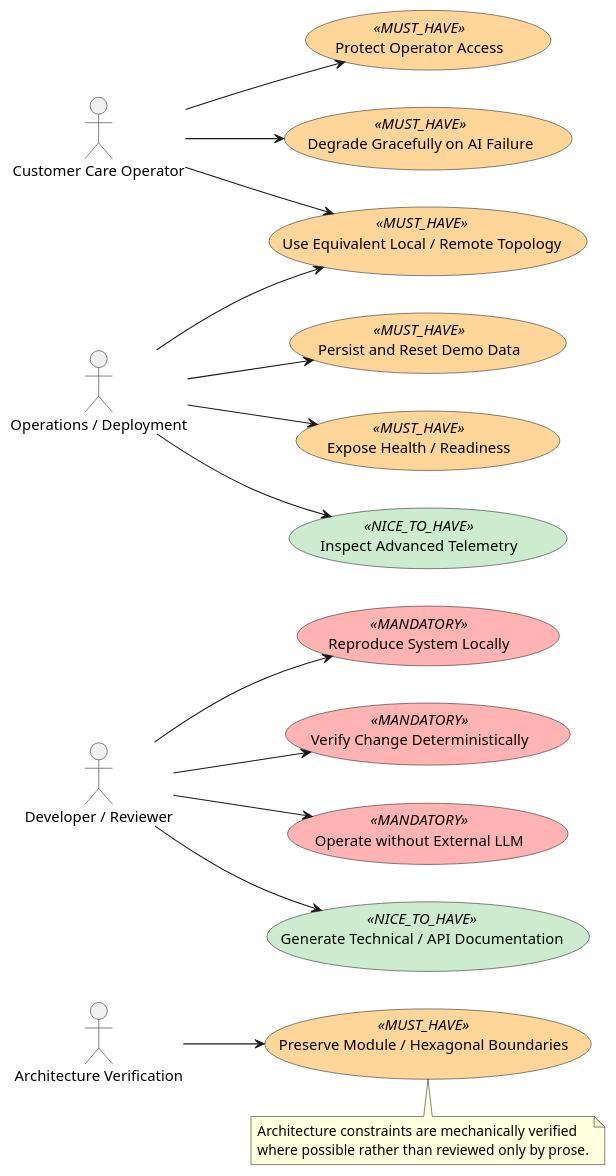
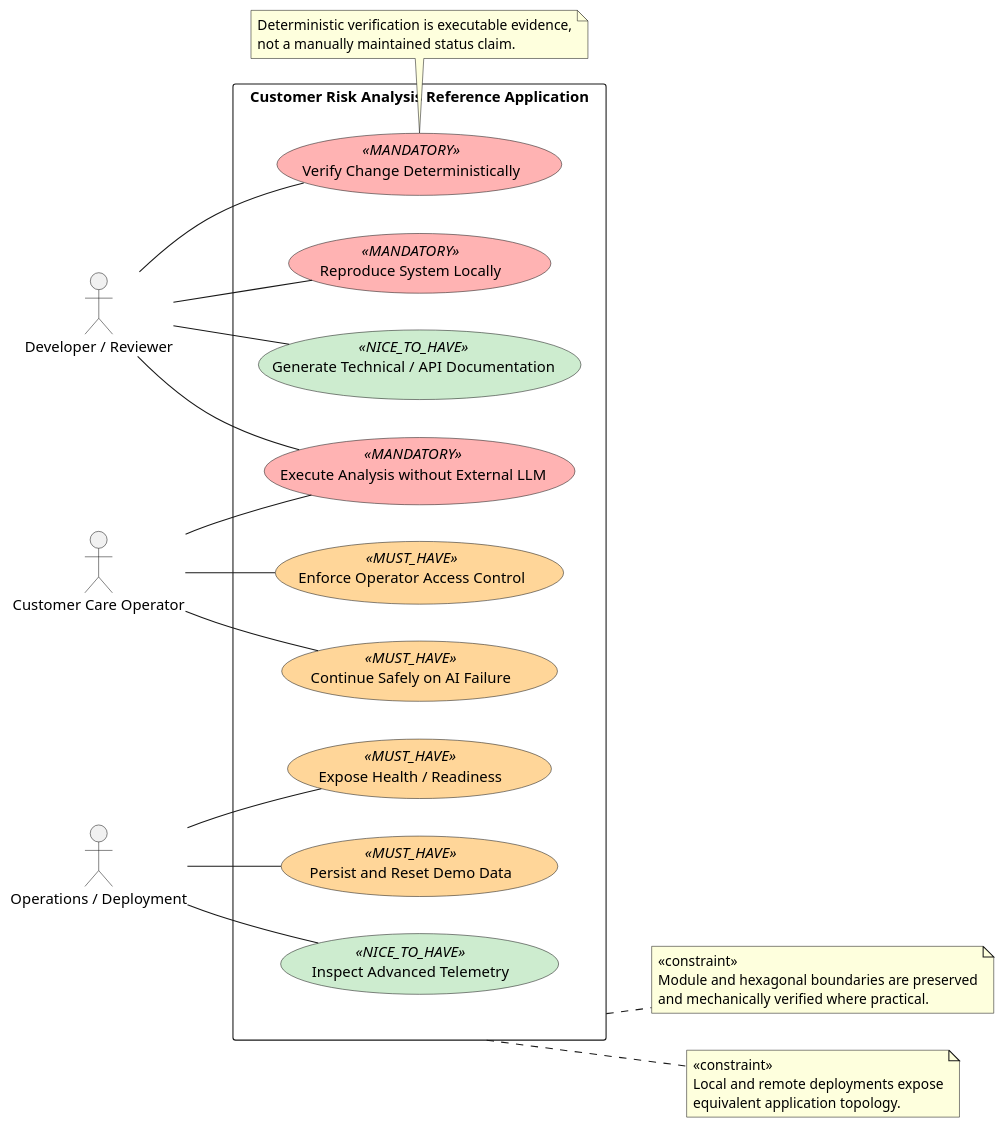
The diagram in docs/assignment/Inception/diagrams/inception-non-functional-use-cases.puml (jdoe-dev-159753/specgraph-reference-app), drawn with PlantUML before and after one commit. The commit also changed 4 other files, not shown here.

First line of the commit message:
docs: align inception use cases with UML 2.5.1 (#28)

```diff
--- a/docs/assignment/Inception/diagrams/inception-non-functional-use-cases.puml
+++ b/docs/assignment/Inception/diagrams/inception-non-functional-use-cases.puml
@@ -1,43 +1,52 @@
 @startuml
 left to right direction
 actor "Developer / Reviewer" as Dev
 actor "Customer Care Operator" as Operator
-actor "Architecture Verification" as Arch
 actor "Operations / Deployment" as Ops
 
 skinparam usecase {
   BackgroundColor<<MANDATORY>> #FFB3B3
   BackgroundColor<<MUST_HAVE>> #FFD699
   BackgroundColor<<NICE_TO_HAVE>> #CDECCF
 }
 
-usecase "Reproduce System Locally" as NF_Reproduce <<MANDATORY>>
-usecase "Verify Change Deterministically" as NF_Verify <<MANDATORY>>
-usecase "Operate without External LLM" as NF_OfflineAI <<MANDATORY>>
-usecase "Protect Operator Access" as NF_Access <<MUST_HAVE>>
-usecase "Preserve Module / Hexagonal Boundaries" as NF_Architecture <<MUST_HAVE>>
-usecase "Persist and Reset Demo Data" as NF_Data <<MUST_HAVE>>
-usecase "Use Equivalent Local / Remote Topology" as NF_Topology <<MUST_HAVE>>
-usecase "Degrade Gracefully on AI Failure" as NF_Degrade <<MUST_HAVE>>
-usecase "Expose Health / Readiness" as NF_Health <<MUST_HAVE>>
-usecase "Generate Technical / API Documentation" as NF_Docs <<NICE_TO_HAVE>>
-usecase "Inspect Advanced Telemetry" as NF_Telemetry <<NICE_TO_HAVE>>
+rectangle "Customer Risk Analysis Reference Application" as SystemBoundary {
+  usecase "Reproduce System Locally" as NF_Reproduce <<MANDATORY>>
+  usecase "Verify Change Deterministically" as NF_Verify <<MANDATORY>>
+  usecase "Execute Analysis without External LLM" as NF_OfflineAI <<MANDATORY>>
+  usecase "Enforce Operator Access Control" as NF_Access <<MUST_HAVE>>
+  usecase "Persist and Reset Demo Data" as NF_Data <<MUST_HAVE>>
+  usecase "Continue Safely on AI Failure" as NF_Degrade <<MUST_HAVE>>
+  usecase "Expose Health / Readiness" as NF_Health <<MUST_HAVE>>
+  usecase "Generate Technical / API Documentation" as NF_Docs <<NICE_TO_HAVE>>
+  usecase "Inspect Advanced Telemetry" as NF_Telemetry <<NICE_TO_HAVE>>
+}
 
-Dev --> NF_Reproduce
-Dev --> NF_Verify
-Dev --> NF_OfflineAI
-Operator --> NF_Access
-Operator --> NF_Degrade
-Operator --> NF_Topology
-Arch --> NF_Architecture
-Ops --> NF_Data
-Ops --> NF_Topology
-Ops --> NF_Health
-Dev --> NF_Docs
-Ops --> NF_Telemetry
+Dev -- NF_Reproduce
+Dev -- NF_Verify
+Dev -- NF_OfflineAI
+Dev -- NF_Docs
+Operator -- NF_Access
+Operator -- NF_OfflineAI
+Operator -- NF_Degrade
+Ops -- NF_Data
+Ops -- NF_Health
+Ops -- NF_Telemetry
 
-note bottom of NF_Architecture
-  Architecture constraints are mechanically verified
-  where possible rather than reviewed only by prose.
+note right of SystemBoundary
+  <<constraint>>
+  Module and hexagonal boundaries are preserved
+  and mechanically verified where practical.
+end note
+
+note right of SystemBoundary
+  <<constraint>>
+  Local and remote deployments expose
+  equivalent application topology.
+end note
+
+note bottom of NF_Verify
+  Deterministic verification is executable evidence,
+  not a manually maintained status claim.
 end note
 @enduml
```
